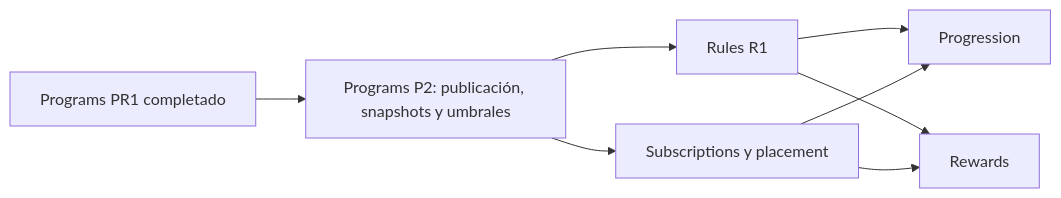
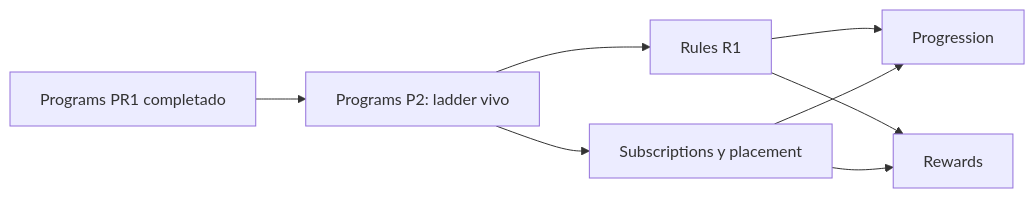
The diagram in docs/roadmap/README.md (MMTech-Solutions/ib-service), drawn with Mermaid before and after one commit. The commit also changed other lines of this file and 42 other files, not shown here.

First line of the commit message:
Implement Programs P2 live entry-threshold ladder.

````diff
--- a/docs/roadmap/README.md
+++ b/docs/roadmap/README.md
@@ -39,10 +38,10 @@
 ```mermaid
 flowchart LR
-    PR1["Programs PR1 completado"] --> P2["Programs P2: publicación, snapshots y umbrales"]
+    PR1["Programs PR1 completado"] --> P2["Programs P2: ladder vivo"]
     P2 --> Rules["Rules R1"]
     P2 --> Subs["Subscriptions y placement"]
     Rules --> Progression["Progression"]
     Subs --> Progression
     Rules --> Rewards["Rewards"]
     Subs --> Rewards
 ```
````
